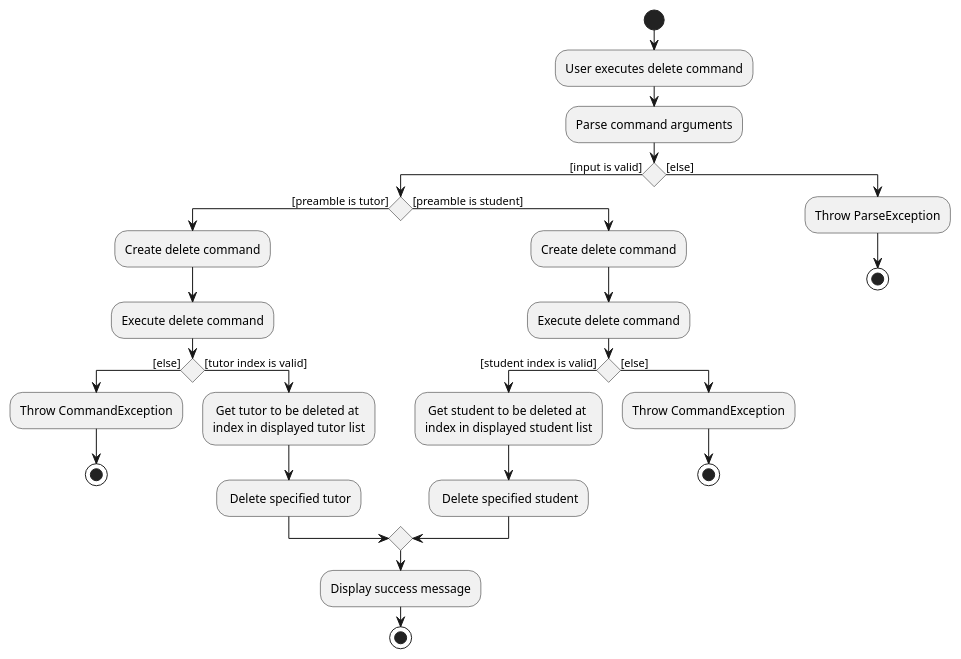
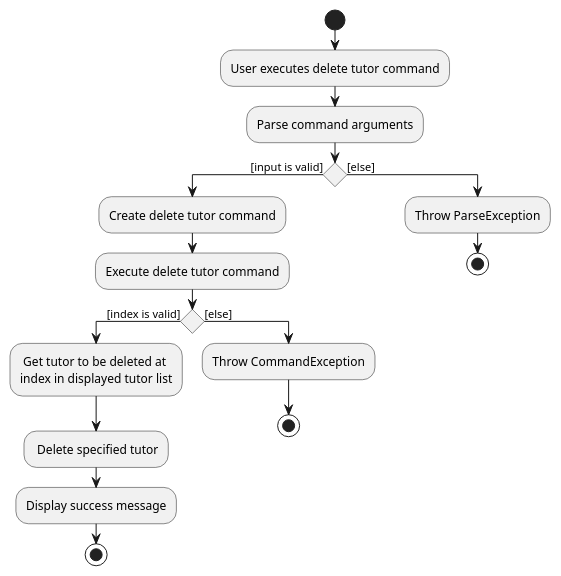
Before and after one commit to tenebrius1/tp: the diagram in docs/diagrams/DeleteCommand.puml, drawn with PlantUML. The commit also changed 4 other files, not shown here.

```diff
--- a/docs/diagrams/DeleteCommand.puml
+++ b/docs/diagrams/DeleteCommand.puml
@@ -1,36 +1,23 @@
 @startuml
 start
-:User executes delete command;
+:User executes delete tutor command;
 :Parse command arguments;
 
 if () then ([input is valid])
-    if () then([preamble is tutor])
-        :Create delete command;
-        :Execute delete command;
-        if () then ([else])
-            :Throw CommandException;
-            stop
-        else ([tutor index is valid])
-            : Get tutor to be deleted at
-            index in displayed tutor list;
-            : Delete specified tutor;
-        endif
-    else ([preamble is student])
-        :Create delete command;
-        :Execute delete command;
-        if () then([student index is valid])
-            : Get student to be deleted at
-            index in displayed student list;
-            : Delete specified student;
-        else ([else])
-            :Throw CommandException;
-            stop
-        endif
+    :Create delete tutor command;
+    :Execute delete tutor command;
+    if () then ([index is valid])
+        : Get tutor to be deleted at
+        index in displayed tutor list;
+        : Delete specified tutor;
+        :Display success message;
+        stop
+    else ([else])
+        :Throw CommandException;
+        stop
     endif
-    :Display success message;
-    stop
 else ([else])
     :Throw ParseException;
     stop
 endif
 @enduml
```
